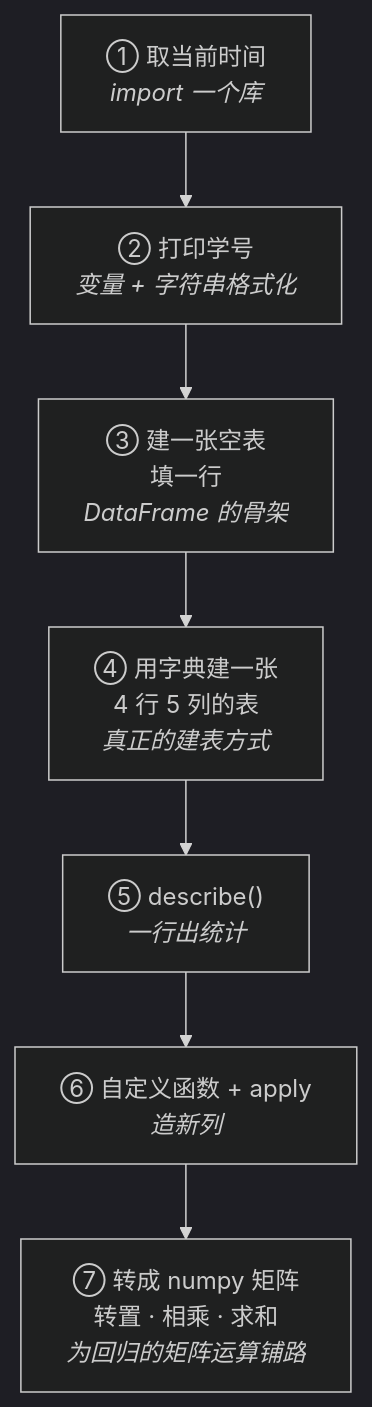
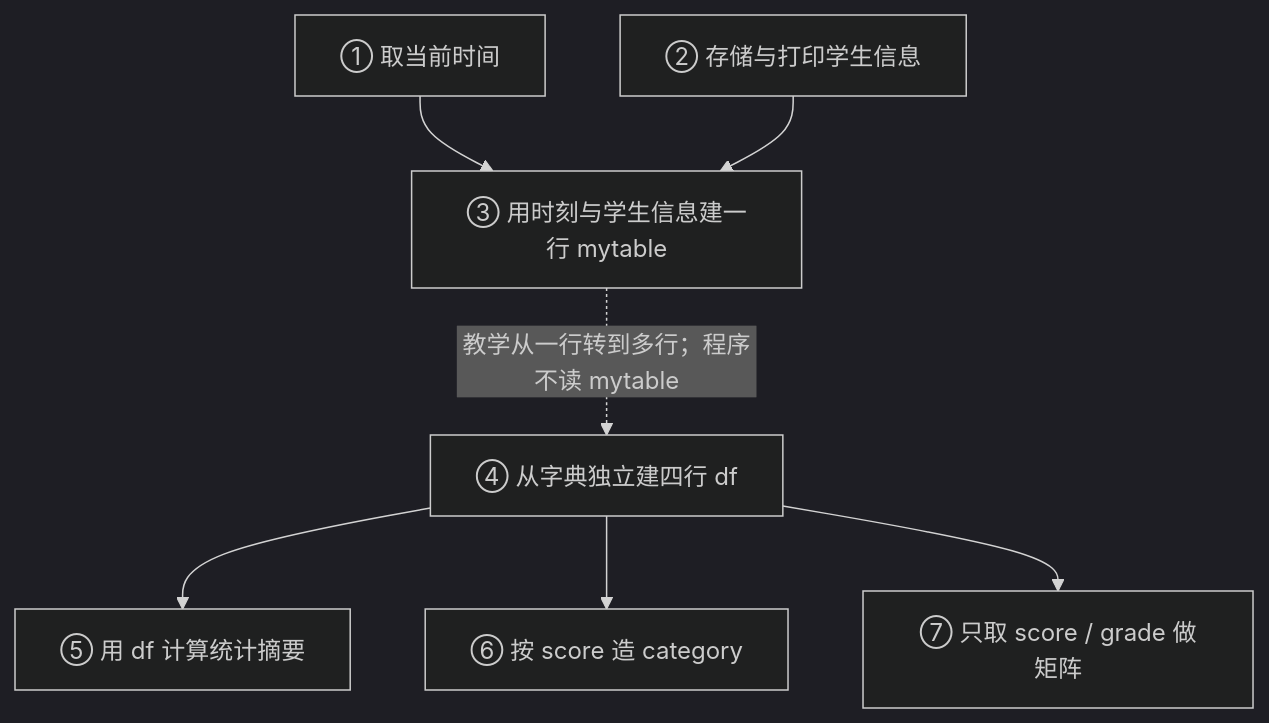
One commit to CercaTrovato/cityu-ai-course-notes changed the first of 10 diagrams in IS6400_Business_Data_Analytics/notes/T01-Jupyter入门与Pandas基础.md. Above: the diagram before and after it, drawn with Mermaid (dark theme). The commit also changed other lines of this file and 2300 other files, not shown here.

First line of the commit message:
完善五课程逐页学习笔记、课件原图与修补规范

````diff
--- a/IS6400_Business_Data_Analytics/notes/T01-Jupyter入门与Pandas基础.md
+++ b/IS6400_Business_Data_Analytics/notes/T01-Jupyter入门与Pandas基础.md
@@ -39,9 +41,9 @@
 ```mermaid
 flowchart TD
-    A["① 取当前时间<br/><i>import 一个库</i>"] --> B["② 打印学号<br/><i>变量 + 字符串格式化</i>"]
-    B --> C["③ 建一张空表<br/>填一行<br/><i>DataFrame 的骨架</i>"]
-    C --> D["④ 用字典建一张<br/>4 行 5 列的表<br/><i>真正的建表方式</i>"]
-    D --> E["⑤ describe()<br/><i>一行出统计</i>"]
-    E --> F["⑥ 自定义函数 + apply<br/><i>造新列</i>"]
-    F --> G["⑦ 转成 numpy 矩阵<br/>转置 · 相乘 · 求和<br/><i>为回归的矩阵运算铺路</i>"]
+    A["① 取当前时间"] --> C["③ 用时刻与学生信息建一行 mytable"]
+    B["② 存储与打印学生信息"] --> C
+    D["④ 从字典独立建四行 df"] --> E["⑤ 用 df 计算统计摘要"]
+    D --> F["⑥ 按 score 造 category"]
+    D --> G["⑦ 只取 score / grade 做矩阵"]
+    C -.->|"教学从一行转到多行；程序不读 mytable"| D
 ```
````
